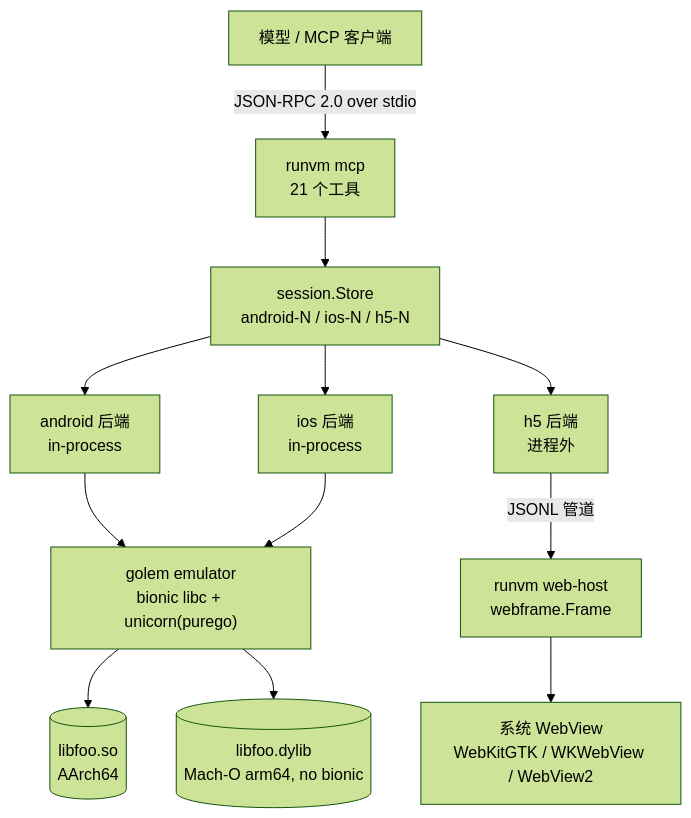
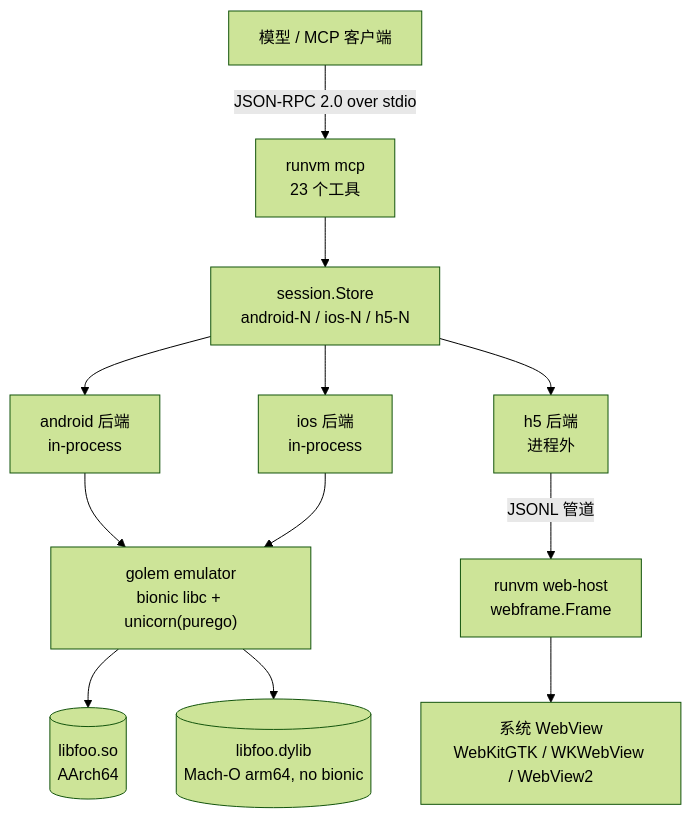
One commit to dolfly/runvm changed the diagram in README.md. Above: the diagram before and after it, drawn with Mermaid (forest theme). The commit also changed other lines of this file and 12 other files, not shown here.

````diff
--- a/README.md
+++ b/README.md
@@ -26,14 +26,14 @@
 ```mermaid
 flowchart TB
-  M["模型 / MCP 客户端"] -->|"JSON-RPC 2.0 over stdio"| S["runvm mcp<br/>21 个工具"]
+  M["模型 / MCP 客户端"] -->|"JSON-RPC 2.0 over stdio"| S["runvm mcp<br/>23 个工具"]
   S --> REG["session.Store<br/>android-N / ios-N / h5-N"]
   REG --> A["android 后端<br/>in-process"]
   REG --> I["ios 后端<br/>in-process"]
   REG --> H["h5 后端<br/>进程外"]
   A --> G["golem emulator<br/>bionic libc + unicorn(purego)"]
   G --> SO[("libfoo.so<br/>AArch64")]
   I --> G
   G --> DY[("libfoo.dylib<br/>Mach-O arm64, no bionic")]
   H -->|"JSONL 管道"| W["runvm web-host<br/>webframe.Frame"]
   W --> K["系统 WebView<br/>WebKitGTK / WKWebView / WebView2"]
 ```
````
